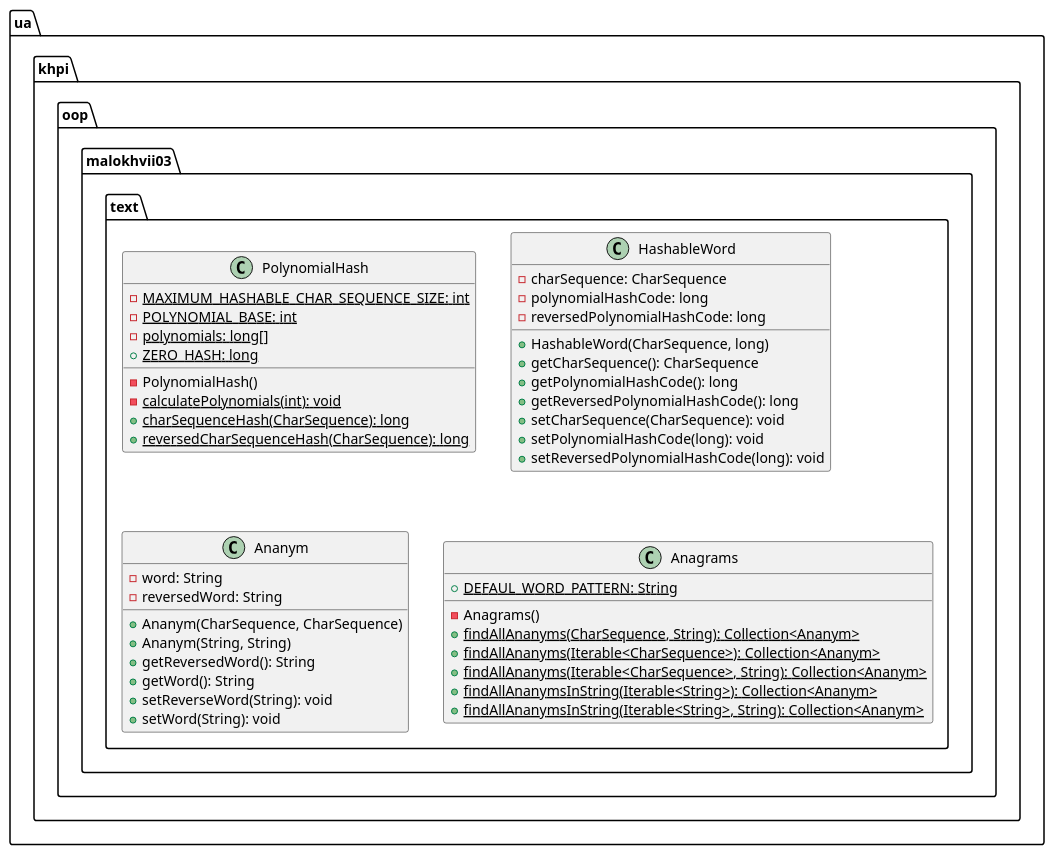
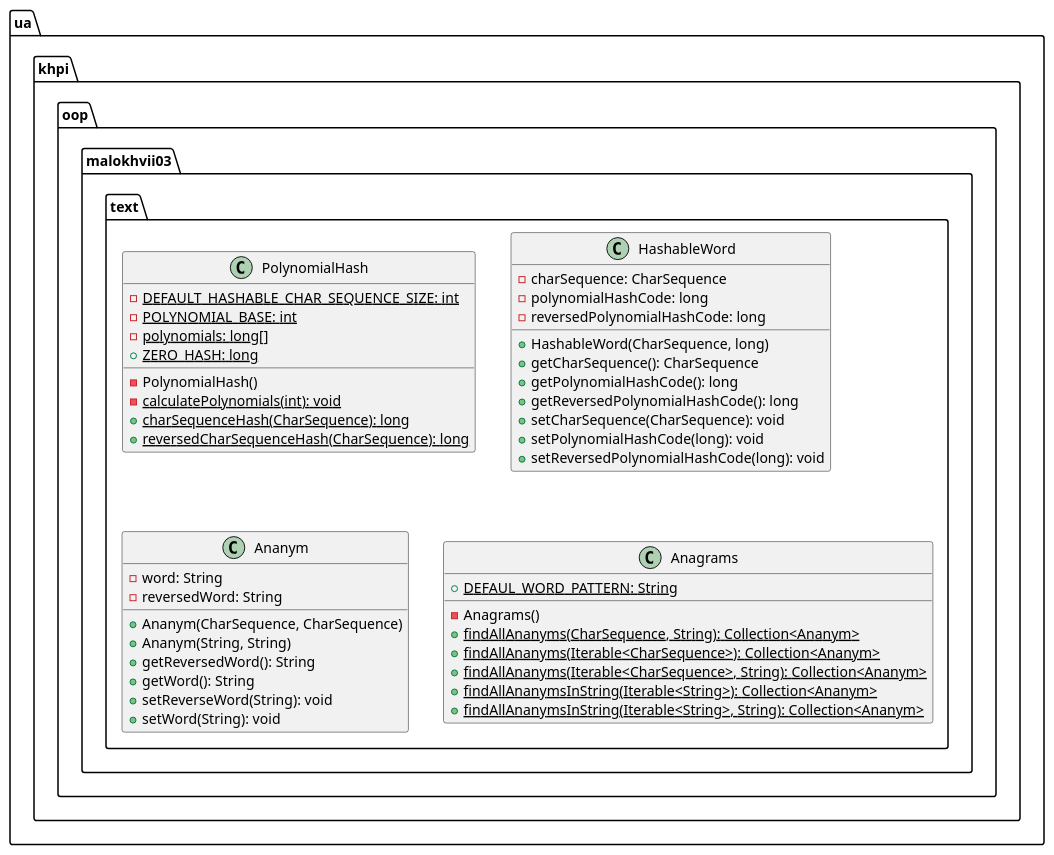
One commit to P-Kalin/kit26a changed the diagram in malokhvii-eduard/malokhvii03/doc/plantuml/ua/khpi/oop/malokhvii03/text/package.puml. Above: the diagram before and after it, drawn with PlantUML. The commit also changed 3 other files, not shown here.

Commit message:
#3 malokhvii03: update graphs

```diff
--- a/malokhvii-eduard/malokhvii03/doc/plantuml/ua/khpi/oop/malokhvii03/text/package.puml
+++ b/malokhvii-eduard/malokhvii03/doc/plantuml/ua/khpi/oop/malokhvii03/text/package.puml
@@ -1,52 +1,52 @@
 @startuml
 
     namespace ua.khpi.oop.malokhvii03.text {
 
         class PolynomialHash {
-            {static} -MAXIMUM_HASHABLE_CHAR_SEQUENCE_SIZE: int
+            {static} -DEFAULT_HASHABLE_CHAR_SEQUENCE_SIZE: int
             {static} -POLYNOMIAL_BASE: int
             {static} -polynomials: long[]
             {static} +ZERO_HASH: long
             -PolynomialHash()
             {static} -calculatePolynomials(int): void
             {static} +charSequenceHash(CharSequence): long
             {static} +reversedCharSequenceHash(CharSequence): long
         }
 
         class HashableWord {
             -charSequence: CharSequence
             -polynomialHashCode: long
             -reversedPolynomialHashCode: long
             +HashableWord(CharSequence, long)
             +getCharSequence(): CharSequence
             +getPolynomialHashCode(): long
             +getReversedPolynomialHashCode(): long
             +setCharSequence(CharSequence): void
             +setPolynomialHashCode(long): void
             +setReversedPolynomialHashCode(long): void
         }
 
         class Ananym {
             -word: String
             -reversedWord: String
             +Ananym(CharSequence, CharSequence)
             +Ananym(String, String)
             +getReversedWord(): String
             +getWord(): String
             +setReverseWord(String): void
             +setWord(String): void
         }
 
         class Anagrams {
             {static} +DEFAUL_WORD_PATTERN: String
             -Anagrams()
             {static} +findAllAnanyms(CharSequence, String): Collection<Ananym>
             {static} +findAllAnanyms(Iterable<CharSequence>): Collection<Ananym>
             {static} +findAllAnanyms(Iterable<CharSequence>, String): Collection<Ananym>
             {static} +findAllAnanymsInString(Iterable<String>): Collection<Ananym>
             {static} +findAllAnanymsInString(Iterable<String>, String): Collection<Ananym>
         }
 
     }
 
 @enduml
```
